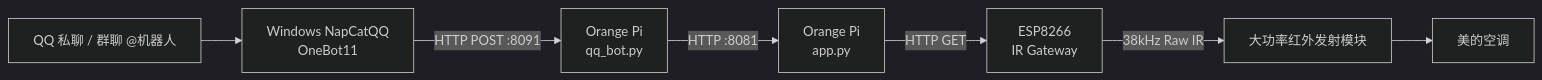
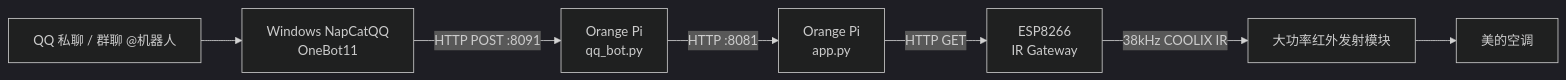
One commit to Greyd0ve/orange-pi-esp8266-ac-remote changed the diagram in README.md. Above: the diagram before and after it, drawn with Mermaid (dark theme). The commit also changed other lines of this file and 7 other files, not shown here.

Commit message:
Refactor ESP8266 firmware to use COOLIX protocol

````diff
--- a/README.md
+++ b/README.md
@@ -51,9 +50,9 @@
 ```mermaid
 flowchart LR
     QQ["QQ 私聊 / 群聊 @机器人"] --> NapCat["Windows NapCatQQ<br/>OneBot11"]
     NapCat -- "HTTP POST :8091" --> QQBot["Orange Pi<br/>qq_bot.py"]
     QQBot -- "HTTP :8081" --> App["Orange Pi<br/>app.py"]
     App -- "HTTP GET" --> ESP["ESP8266<br/>IR Gateway"]
-    ESP -- "38kHz Raw IR" --> IR["大功率红外发射模块"]
+    ESP -- "38kHz COOLIX IR" --> IR["大功率红外发射模块"]
     IR --> AC["美的空调"]
 ```
````
